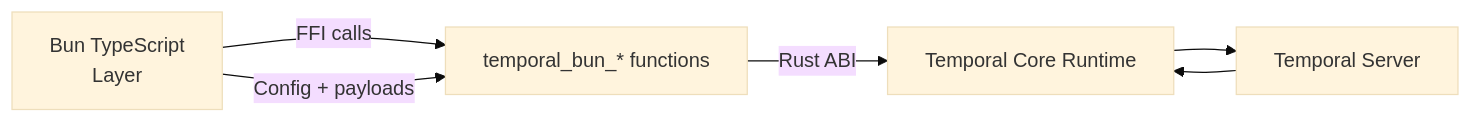
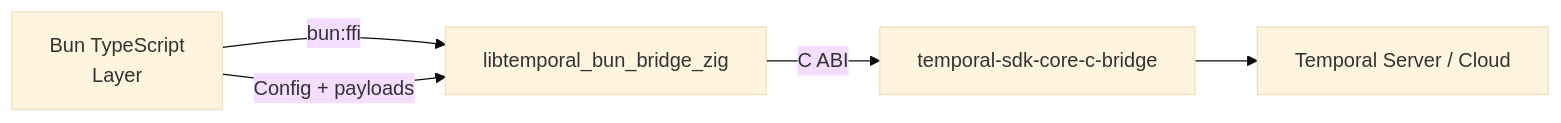
The diagram in packages/temporal-bun-sdk/docs/ffi-surface.md (proompteng/lab), drawn with Mermaid (base theme) before and after one commit. The commit also changed other lines of this file and 6 other files, not shown here.

Commit message:
chore: align temporal bun sdk scaffolding

````diff
--- a/packages/temporal-bun-sdk/docs/ffi-surface.md
+++ b/packages/temporal-bun-sdk/docs/ffi-surface.md
@@ -18,8 +21,7 @@
 ```mermaid
 flowchart LR
-  BunTS["Bun TypeScript<br/>Layer"] -->|FFI calls| Bridge["temporal_bun_* functions"]
-  Bridge -->|Rust ABI| CoreRuntime["Temporal Core Runtime"]
-  CoreRuntime --> TemporalServer["Temporal Server"]
-  BunTS -->|Config + payloads| Bridge
-  TemporalServer --> CoreRuntime
+  BunTS["Bun TypeScript\nLayer"] -->|bun:ffi| ZigBridge["libtemporal_bun_bridge_zig"]
+  ZigBridge -->|C ABI| CoreRuntime["temporal-sdk-core-c-bridge"]
+  CoreRuntime --> TemporalServer["Temporal Server / Cloud"]
+  BunTS -->|Config + payloads| ZigBridge
 ```
````
